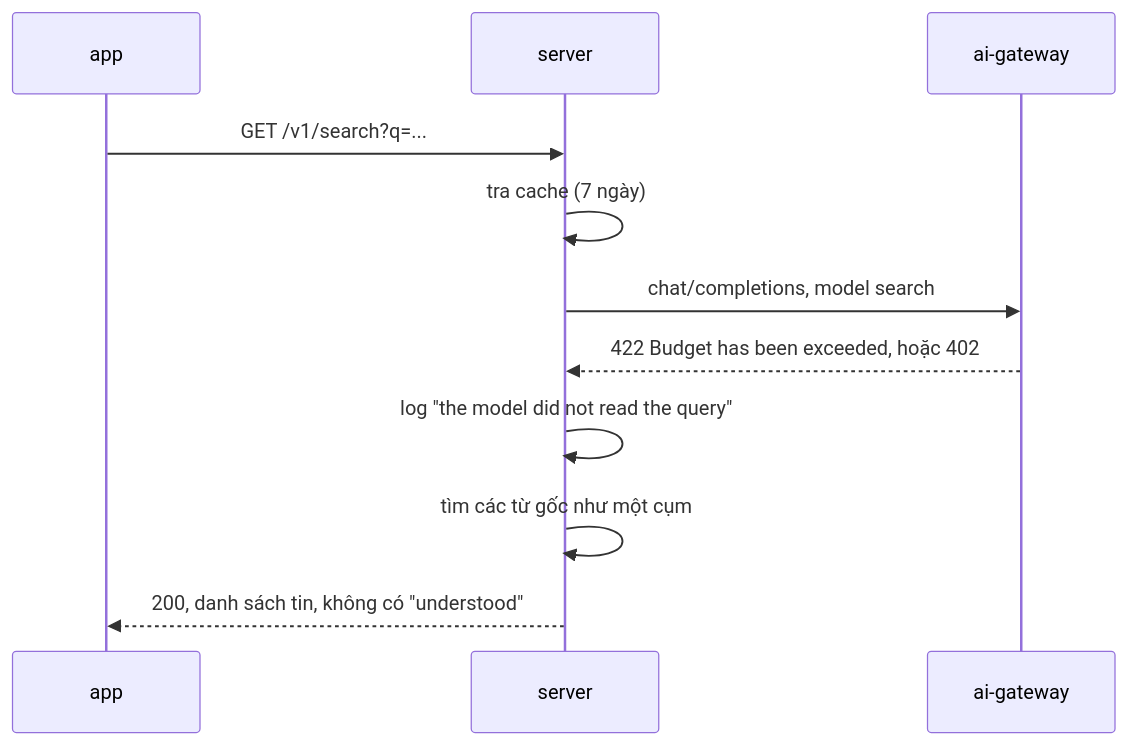
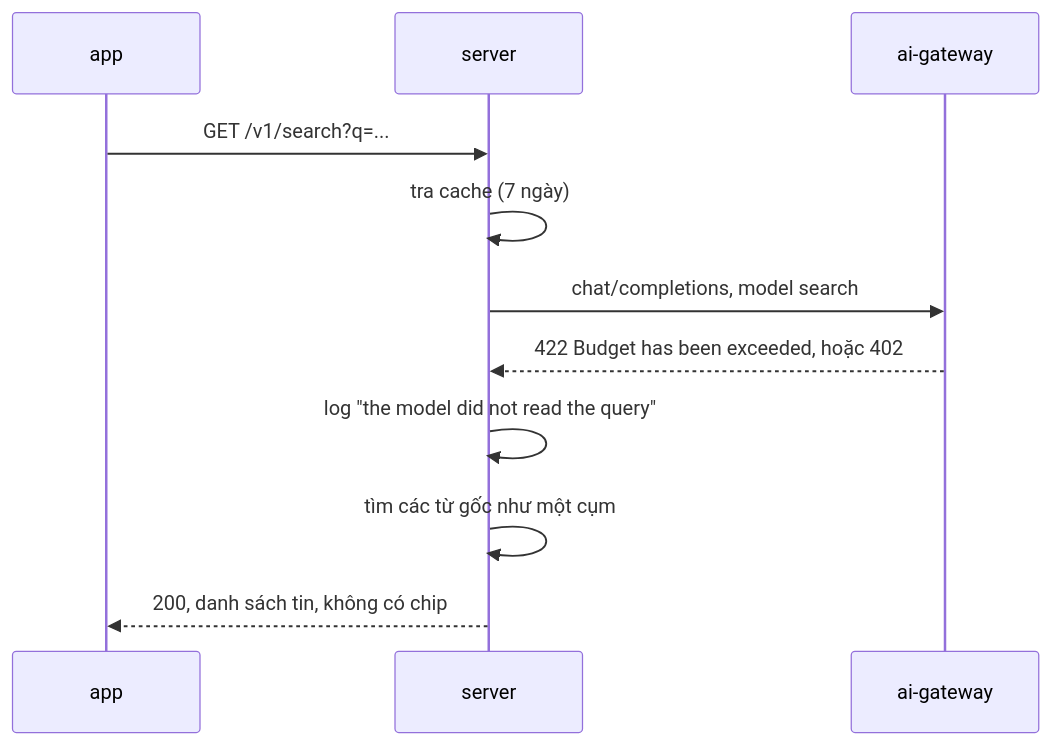
The sixth of 6 diagrams in web/src/content/docs/vi/operations/cluster/llm-gateway.mdx (shopnexus/docs), drawn with Mermaid before and after one commit. The commit also changed other lines of this file and 1 other file, not shown here.

Commit message:
llm-gateway: a failed model call leaves the page without chips
The server no longer sends understood, so the page names what is missing
as the chips and the boosts.

````diff
--- a/web/src/content/docs/vi/operations/cluster/llm-gateway.mdx
+++ b/web/src/content/docs/vi/operations/cluster/llm-gateway.mdx
@@ -246,13 +246,13 @@
 ```mermaid title="Tìm kiếm khi ai-gateway từ chối"
 sequenceDiagram
   participant App as app
   participant S as server
   participant G as ai-gateway
   App->>S: GET /v1/search?q=...
   S->>S: tra cache (7 ngày)
   S->>G: chat/completions, model search
   G-->>S: 422 Budget has been exceeded, hoặc 402
   S->>S: log "the model did not read the query"
   S->>S: tìm các từ gốc như một cụm
-  S-->>App: 200, danh sách tin, không có "understood"
+  S-->>App: 200, danh sách tin, không có chip
 ```
````
